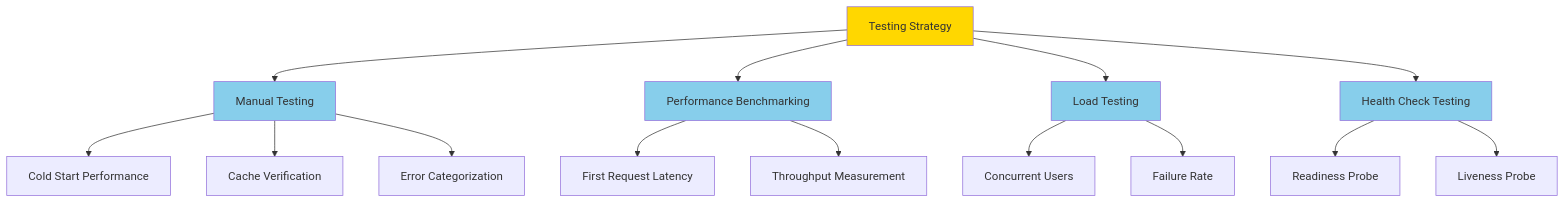
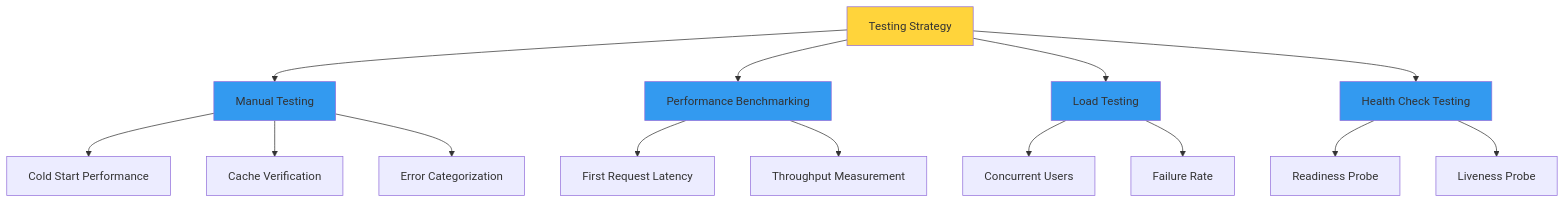
Before and after one commit to manumishra-zm/execution_plan: diagram 16 of 21 in latency_fix_plan/latency.md, drawn with Mermaid. The commit also changed other lines of this file, not shown here.

````diff
--- a/latency_fix_plan/latency.md
+++ b/latency_fix_plan/latency.md
@@ -948,27 +948,27 @@
 ```mermaid
 graph TD
     Tests[Testing Strategy]
     Tests --> Manual[Manual Testing]
     Tests --> Bench[Performance Benchmarking]
     Tests --> Load[Load Testing]
     Tests --> Health[Health Check Testing]
 
     Manual --> T1[Cold Start Performance]
     Manual --> T2[Cache Verification]
     Manual --> T3[Error Categorization]
 
     Bench --> B1[First Request Latency]
     Bench --> B2[Throughput Measurement]
 
     Load --> L1[Concurrent Users]
     Load --> L2[Failure Rate]
 
     Health --> H1[Readiness Probe]
     Health --> H2[Liveness Probe]
 
-    style Tests fill:#FFD700
-    style Manual fill:#87CEEB
-    style Bench fill:#87CEEB
-    style Load fill:#87CEEB
-    style Health fill:#87CEEB
+    style Tests fill:#ffd43b
+    style Manual fill:#339af0
+    style Bench fill:#339af0
+    style Load fill:#339af0
+    style Health fill:#339af0
 ```
````
